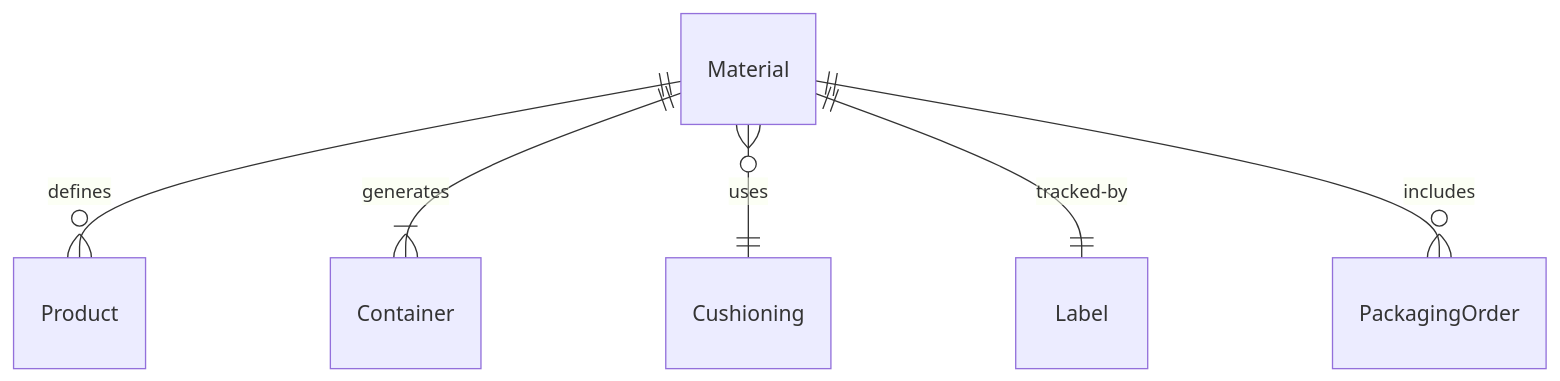
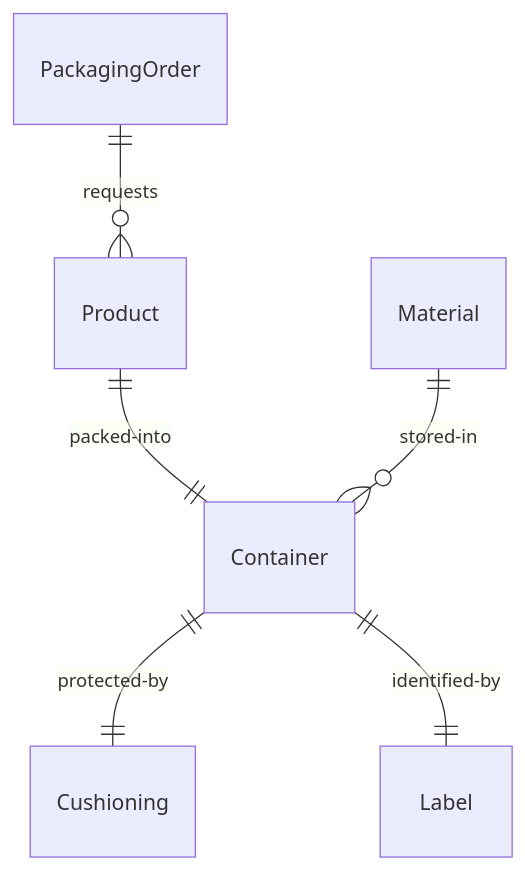
Before and after one commit to dot-org-ai/tasks.org.ai: the first of 4 diagrams in HandlingAndMovingObjects/PackageObjects/PackageMaterialsProducts.mdx, drawn with Mermaid. The commit also changed other lines of this file and 515 other files, not shown here.

````diff
--- a/HandlingAndMovingObjects/PackageObjects/PackageMaterialsProducts.mdx
+++ b/HandlingAndMovingObjects/PackageObjects/PackageMaterialsProducts.mdx
@@ -89,8 +89,8 @@
 ```mermaid
 erDiagram
-    Material ||--o{ Product : "defines"
-    Material ||--|{ Container : "generates"
-    Material }o--|| Cushioning : "uses"
-    Material ||--|| Label : "tracked-by"
-    Material ||--o{ PackagingOrder : "includes"
+    PackagingOrder ||--o{ Product : "requests"
+    Product ||--|| Container : "packed-into"
+    Container ||--|| Cushioning : "protected-by"
+    Container ||--|| Label : "identified-by"
+    Material ||--o{ Container : "stored-in"
 ```
````
